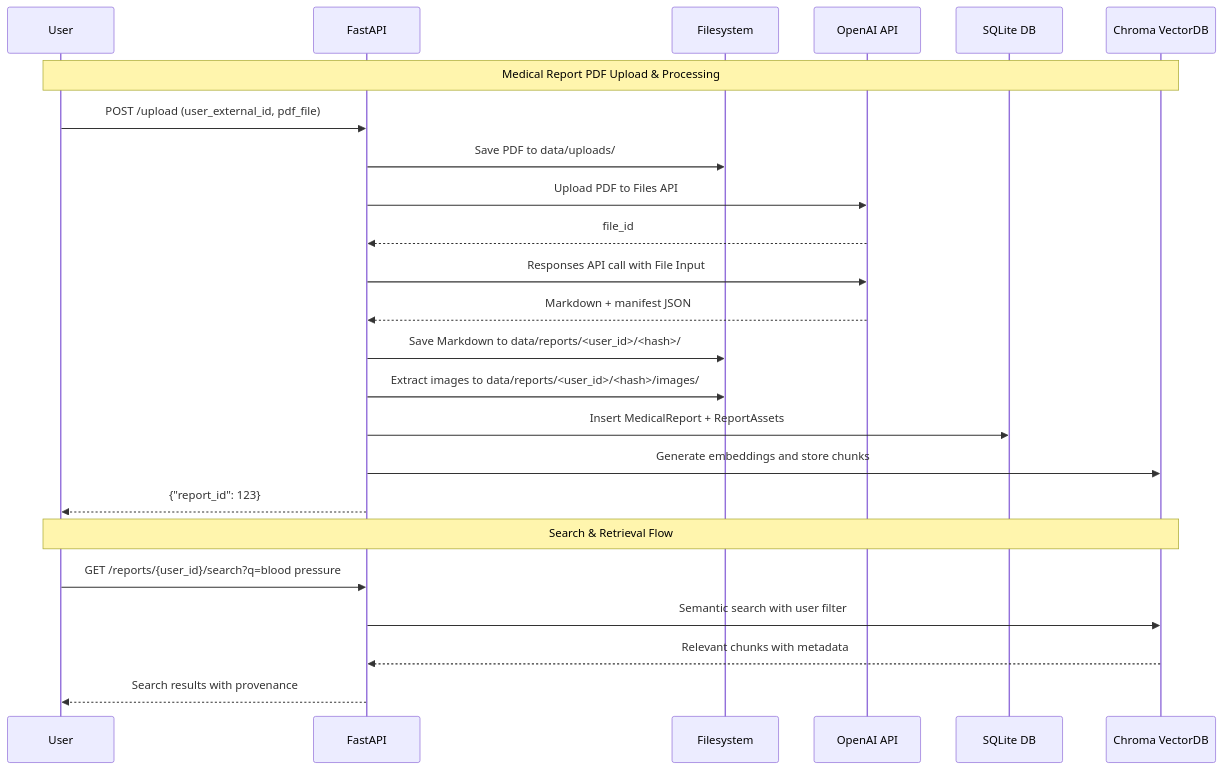
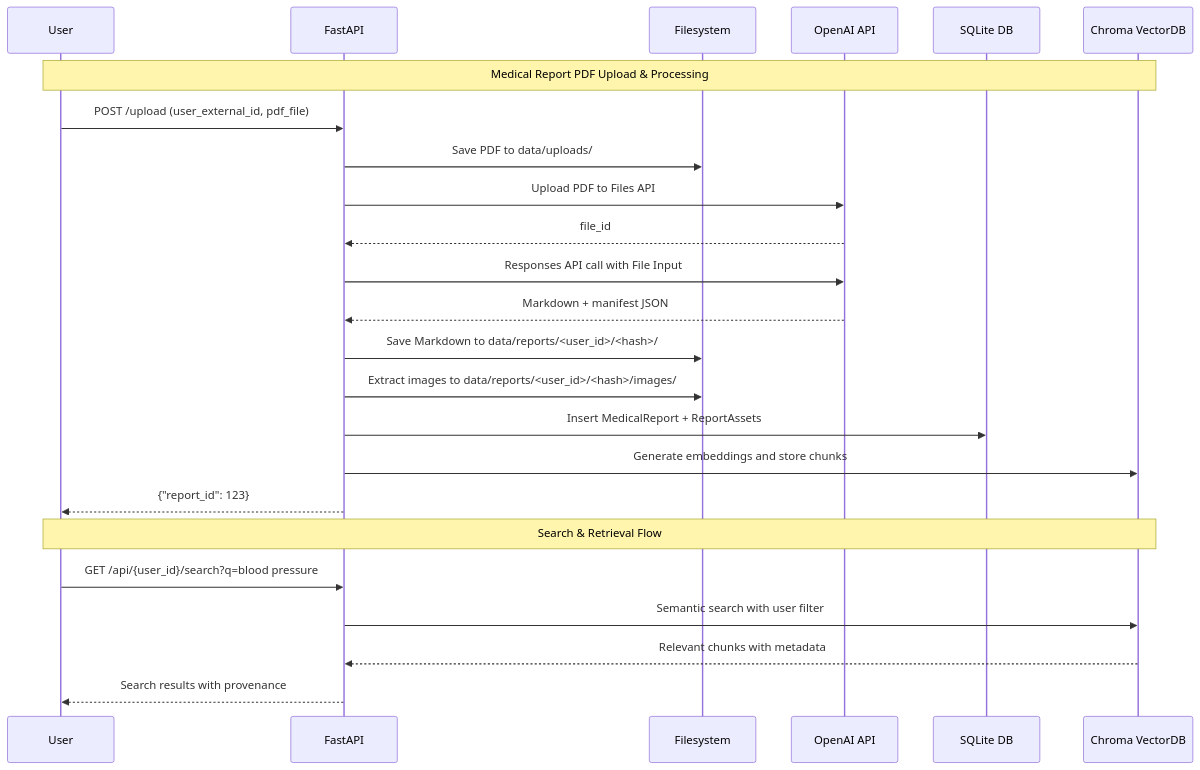
The second of 3 diagrams in docs/specs/healthcare-agent-mvp/design.md (kevinlin/agno-agent), drawn with Mermaid before and after one commit. The commit also changed other lines of this file and 5 other files, not shown here.

Commit message:
Update search API routes: @routes.py - Rename route: `/reports/{user_external_id}/search` -> `/api/{user_external_id}/search` - Rename route: `/reports/{user_external_id}/search/stats` ->

````diff
--- a/docs/specs/healthcare-agent-mvp/design.md
+++ b/docs/specs/healthcare-agent-mvp/design.md
@@ -71,28 +71,28 @@
 ```mermaid
 sequenceDiagram
     participant U as User
     participant API as FastAPI
     participant FS as Filesystem
     participant OA as OpenAI API
     participant DB as SQLite DB
     participant VDB as Chroma VectorDB
     
     Note over U,VDB: Medical Report PDF Upload & Processing
     U->>API: POST /upload (user_external_id, pdf_file)
     API->>FS: Save PDF to data/uploads/
     API->>OA: Upload PDF to Files API
     OA-->>API: file_id
     API->>OA: Responses API call with File Input
     OA-->>API: Markdown + manifest JSON
     API->>FS: Save Markdown to data/reports/<user_id>/<hash>/
     API->>FS: Extract images to data/reports/<user_id>/<hash>/images/
     API->>DB: Insert MedicalReport + ReportAssets
     API->>VDB: Generate embeddings and store chunks
     API-->>U: {"report_id": 123}
     
     Note over U,VDB: Search & Retrieval Flow
-    U->>API: GET /reports/{user_id}/search?q=blood pressure
+    U->>API: GET /api/{user_id}/search?q=blood pressure
     API->>VDB: Semantic search with user filter
     VDB-->>API: Relevant chunks with metadata
     API-->>U: Search results with provenance
 ```
````
